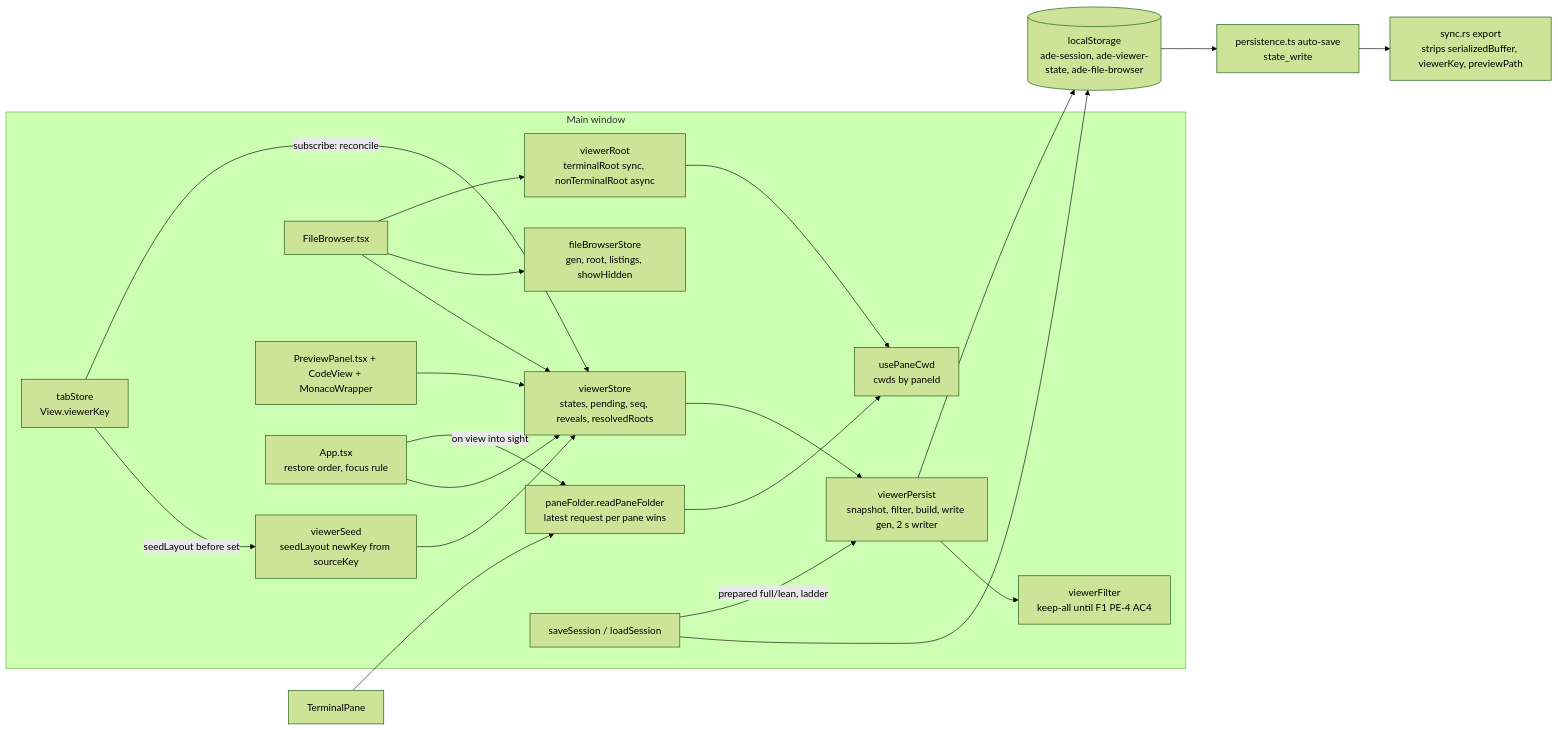
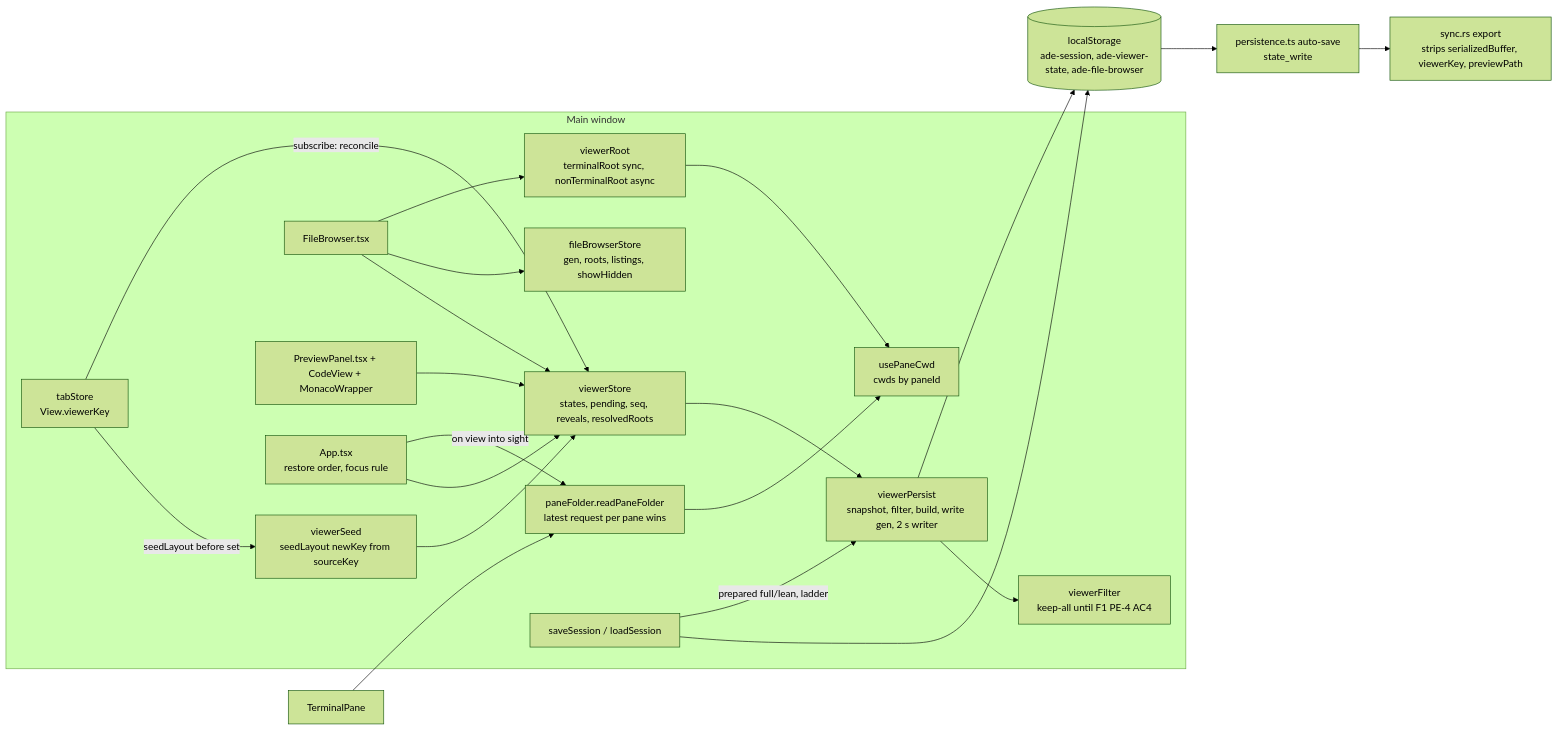
The first of 3 diagrams in docs/superpowers/specs/2026-11-10-per-view-viewer-design.md (alvin-reyes/better-agentic-ide), drawn with Mermaid (forest theme) before and after one commit. The commit also changed other lines of this file and 5 other files, not shown here.

````diff
--- a/docs/superpowers/specs/2026-11-10-per-view-viewer-design.md
+++ b/docs/superpowers/specs/2026-11-10-per-view-viewer-design.md
@@ -46,41 +46,41 @@
 ```mermaid
 flowchart LR
   subgraph Main window
     TS[tabStore<br/>View.viewerKey]
     SD[viewerSeed<br/>seedLayout newKey from sourceKey]
     VS[viewerStore<br/>states, pending, seq, reveals, resolvedRoots]
     PC[usePaneCwd<br/>cwds by paneId]
     PF[paneFolder.readPaneFolder<br/>latest request per pane wins]
     VR[viewerRoot<br/>terminalRoot sync, nonTerminalRoot async]
-    FBS[fileBrowserStore<br/>gen, root, listings, showHidden]
+    FBS[fileBrowserStore<br/>gen, roots, listings, showHidden]
     FB[FileBrowser.tsx]
     PP[PreviewPanel.tsx + CodeView + MonacoWrapper]
     APP[App.tsx<br/>restore order, focus rule]
     VP[viewerPersist<br/>snapshot, filter, build, write gen, 2 s writer]
     FL[viewerFilter<br/>keep-all until F1 PE-4 AC4]
     SS[saveSession / loadSession]
   end
   LS[(localStorage<br/>ade-session, ade-viewer-state, ade-file-browser)]
   AS[persistence.ts auto-save<br/>state_write]
   SY[sync.rs export<br/>strips serializedBuffer, viewerKey, previewPath]
 
   TS -- seedLayout before set --> SD
   TS -- subscribe: reconcile --> VS
   SD --> VS
   APP --> VS
   FB --> VS
   FB --> FBS
   PP --> VS
   FB --> VR
   VR --> PC
   PF --> PC
   TerminalPane --> PF
   APP -- on view into sight --> PF
   VS --> VP
   VP --> FL
   VP --> LS
   SS --> LS
   SS -- prepared full/lean, ladder --> VP
   LS --> AS
   AS --> SY
 ```
````
